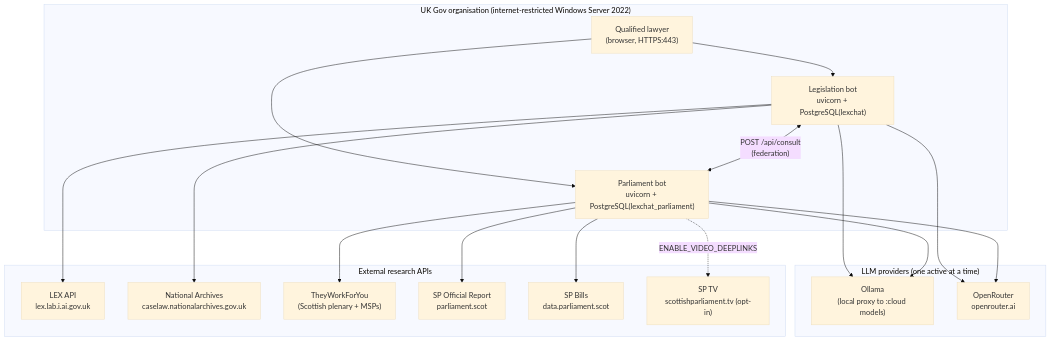
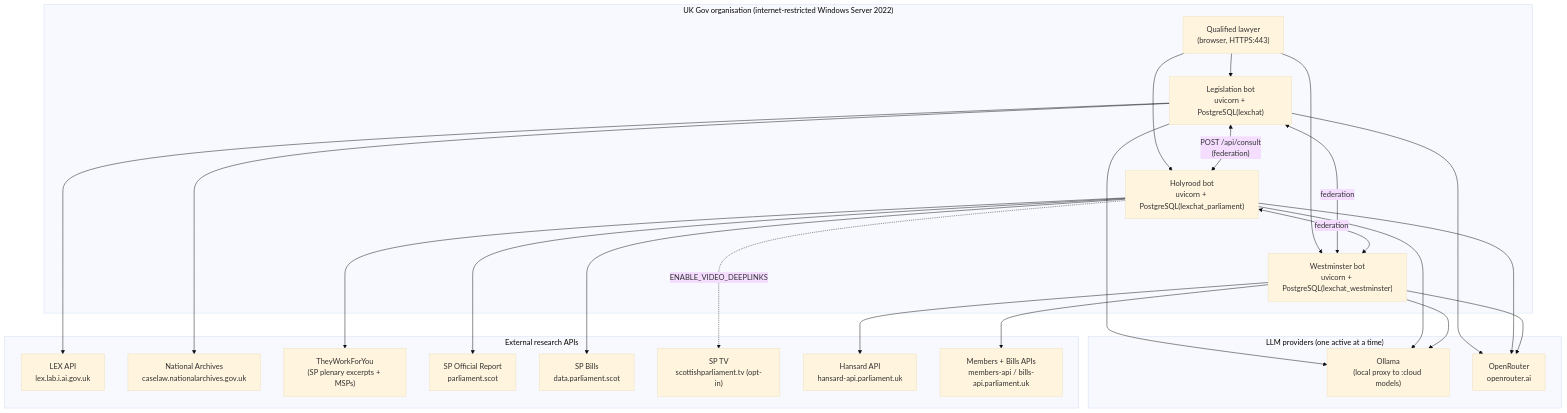
The first of 14 diagrams in docs/ARCHITECTURE.md (delphium226/LexChat), drawn with Mermaid (base theme) before and after one commit. The commit also changed other lines of this file and 2 other files, not shown here.

First line of the commit message:
@ docs: refresh README/ARCHITECTURE for the multi-bot fleet, add plain-English overview

````diff
--- a/docs/ARCHITECTURE.md
+++ b/docs/ARCHITECTURE.md
@@ -25,36 +31,46 @@
 ```mermaid
 graph TB
     subgraph org["UK Gov organisation (internet-restricted Windows Server 2022)"]
         user["Qualified lawyer<br/>(browser, HTTPS:443)"]
         legbot["Legislation bot<br/>uvicorn + PostgreSQL(lexchat)"]
-        parlbot["Parliament bot<br/>uvicorn + PostgreSQL(lexchat_parliament)"]
+        parlbot["Holyrood bot<br/>uvicorn + PostgreSQL(lexchat_parliament)"]
+        westbot["Westminster bot<br/>uvicorn + PostgreSQL(lexchat_westminster)"]
         user --> legbot
         user --> parlbot
+        user --> westbot
         legbot <-->|"POST /api/consult<br/>(federation)"| parlbot
+        legbot <-->|federation| westbot
+        parlbot <-->|federation| westbot
     end
 
     subgraph llm["LLM providers (one active at a time)"]
         ollama["Ollama<br/>(local proxy to :cloud models)"]
         openrouter["OpenRouter<br/>openrouter.ai"]
     end
 
     subgraph research["External research APIs"]
         lex["LEX API<br/>lex.lab.i.ai.gov.uk"]
         tna["National Archives<br/>caselaw.nationalarchives.gov.uk"]
-        twfy["TheyWorkForYou<br/>(Scottish plenary + MSPs)"]
+        twfy["TheyWorkForYou<br/>(SP plenary excerpts + MSPs)"]
         spor["SP Official Report<br/>parliament.scot"]
         spbills["SP Bills<br/>data.parliament.scot"]
         sptv["SP TV<br/>scottishparliament.tv (opt-in)"]
+        hans["Hansard API<br/>hansard-api.parliament.uk"]
+        ukmem["Members + Bills APIs<br/>members-api / bills-api.parliament.uk"]
     end
 
     legbot --> ollama
     legbot --> openrouter
     parlbot --> ollama
     parlbot --> openrouter
+    westbot --> ollama
+    westbot --> openrouter
     legbot --> lex
     legbot --> tna
     parlbot --> twfy
     parlbot --> spor
     parlbot --> spbills
     parlbot -.->|ENABLE_VIDEO_DEEPLINKS| sptv
+    westbot --> hans
+    westbot --> ukmem
 ```
````
